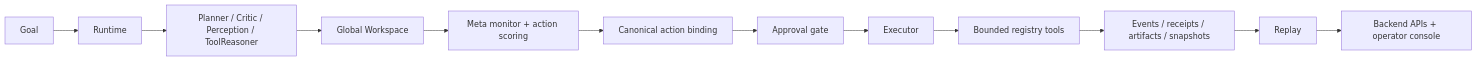
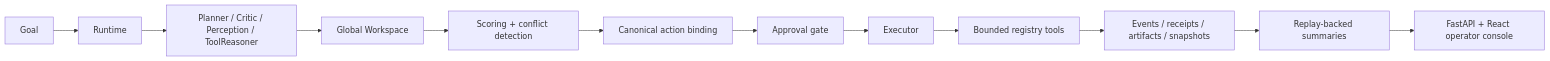
The diagram in README.md (dawsonblock/Hysight), drawn with Mermaid before and after one commit. The commit also changed other lines of this file, not shown here.

````diff
--- a/README.md
+++ b/README.md
@@ -122,14 +55,14 @@
 ```mermaid
 flowchart LR
     Goal[Goal] --> Runtime[Runtime]
     Runtime --> Modules[Planner / Critic / Perception / ToolReasoner]
     Modules --> Workspace[Global Workspace]
-    Workspace --> Scoring[Meta monitor + action scoring]
+    Workspace --> Scoring[Scoring + conflict detection]
     Scoring --> Binding[Canonical action binding]
     Binding --> Approval[Approval gate]
     Approval --> Executor[Executor]
     Executor --> Tools[Bounded registry tools]
     Tools --> Storage[Events / receipts / artifacts / snapshots]
-    Storage --> Replay[Replay]
-    Replay --> Operator[Backend APIs + operator console]
+    Storage --> Replay[Replay-backed summaries]
+    Replay --> Operator[FastAPI + React operator console]
 ```
````
